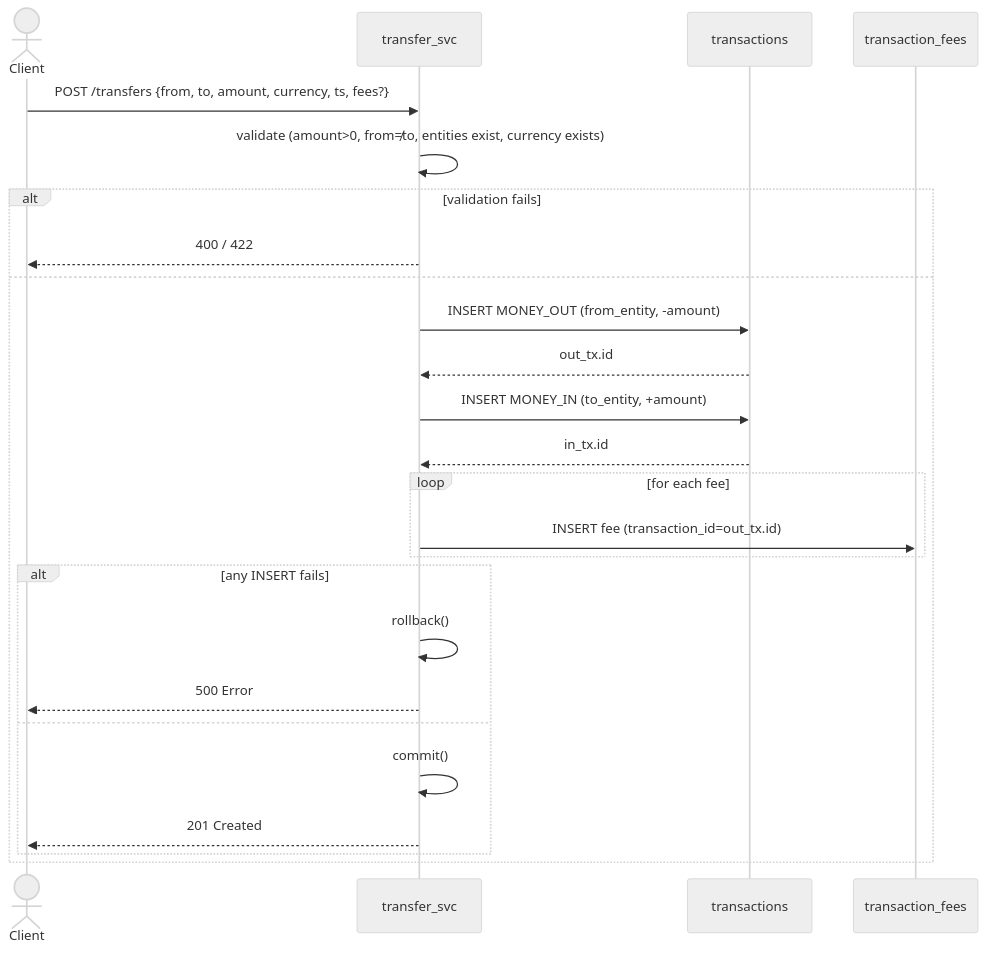
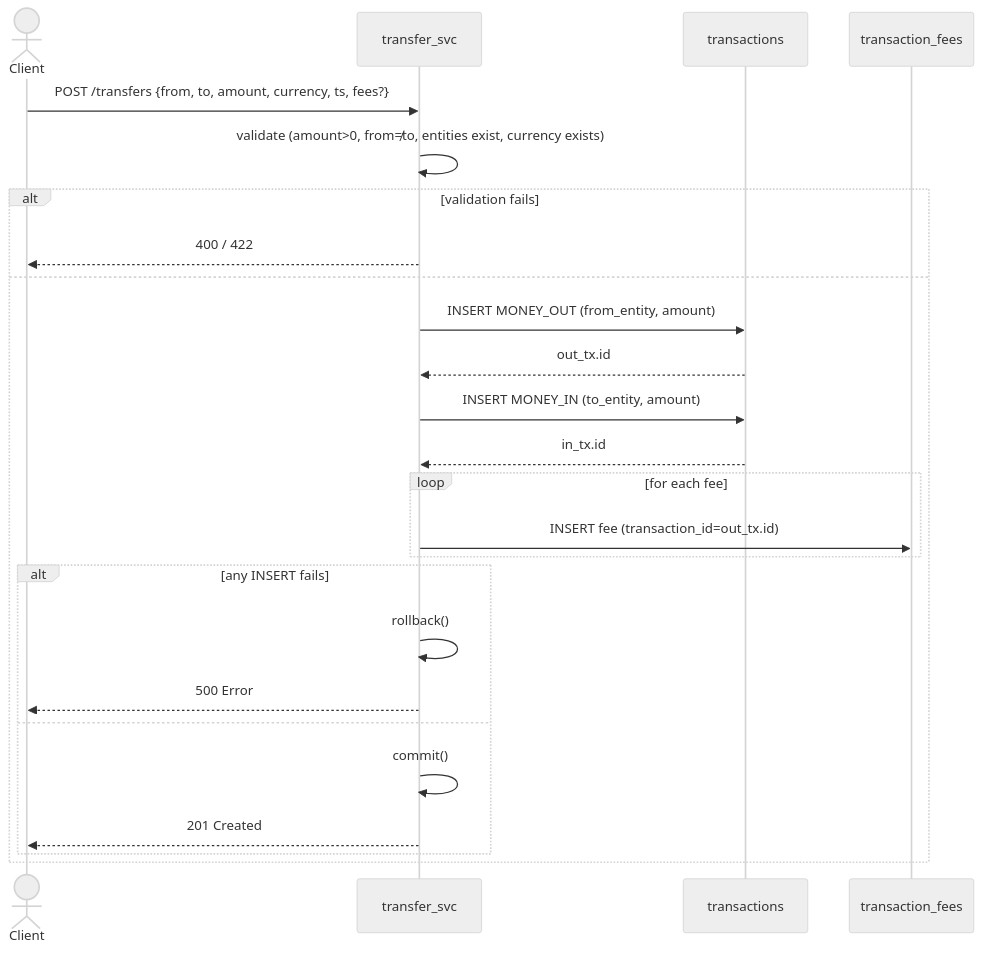
One commit to alvmarrod/personal-fin-hub changed the fifth of 14 diagrams in doc/workflow.md. Above: the diagram before and after it, drawn with Mermaid (neutral theme). The commit also changed other lines of this file and 11 other files, not shown here.

````diff
--- a/doc/workflow.md
+++ b/doc/workflow.md
@@ -597,28 +615,28 @@
 ```mermaid
 sequenceDiagram
     actor Client
     participant Svc as transfer_svc
     participant DB_tx as transactions
     participant DB_fe as transaction_fees
 
     Client->>Svc: POST /transfers {from, to, amount, currency, ts, fees?}
     Svc->>Svc: validate (amount>0, from≠to, entities exist, currency exists)
     alt validation fails
         Svc-->>Client: 400 / 422
     else
-        Svc->>DB_tx: INSERT MONEY_OUT (from_entity, -amount)
+        Svc->>DB_tx: INSERT MONEY_OUT (from_entity, amount)
         DB_tx-->>Svc: out_tx.id
-        Svc->>DB_tx: INSERT MONEY_IN (to_entity, +amount)
+        Svc->>DB_tx: INSERT MONEY_IN (to_entity, amount)
         DB_tx-->>Svc: in_tx.id
         loop for each fee
             Svc->>DB_fe: INSERT fee (transaction_id=out_tx.id)
         end
         alt any INSERT fails
             Svc->>Svc: rollback()
             Svc-->>Client: 500 Error
         else
             Svc->>Svc: commit()
             Svc-->>Client: 201 Created
         end
     end
 ```
````
